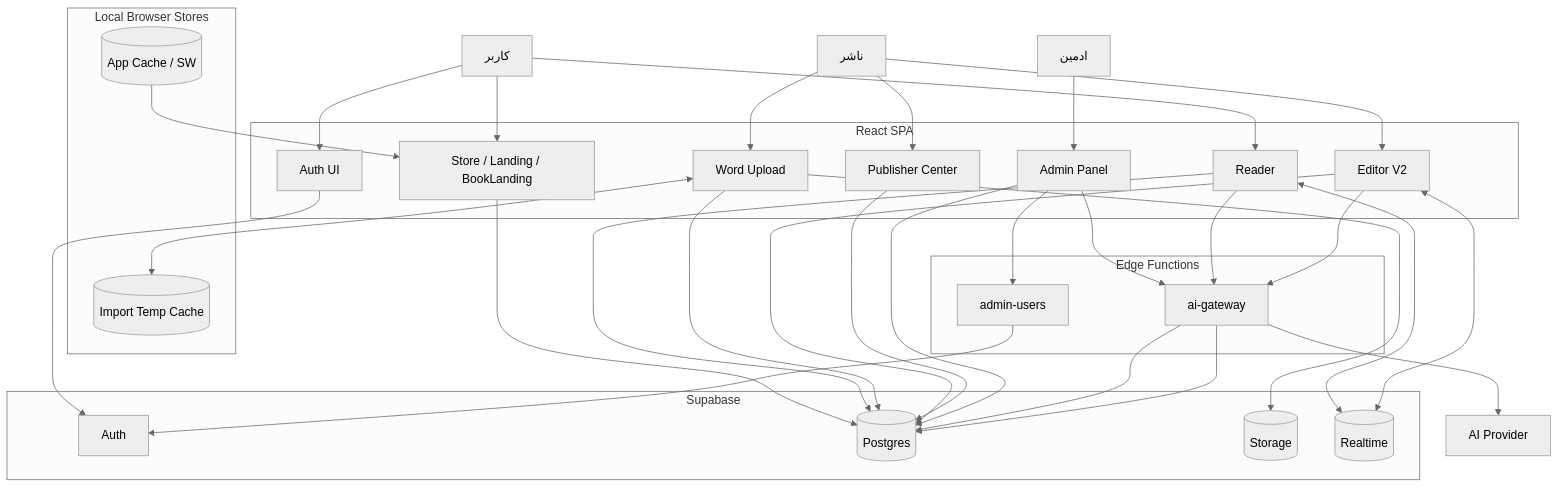
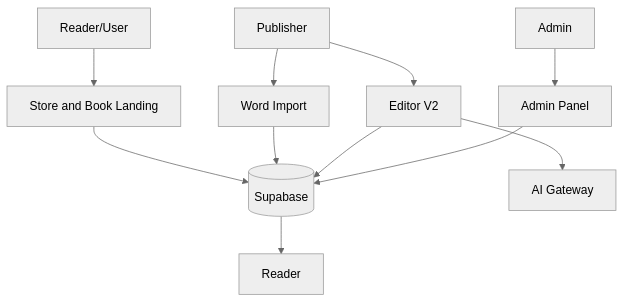
The second of 7 diagrams in docs/DFD_ERD_SECURITY_REFERENCE.md (hamid1234567/metabooki), drawn with Mermaid (neutral theme) before and after one commit. The commit also changed other lines of this file and 4 other files, not shown here.

````diff
--- a/docs/DFD_ERD_SECURITY_REFERENCE.md
+++ b/docs/DFD_ERD_SECURITY_REFERENCE.md
@@ -93,59 +29,13 @@
 ```mermaid
-flowchart TB
-  user[کاربر]
-  publisher[ناشر]
-  admin[ادمین]
-
-  subgraph app[React SPA]
-    authUI[Auth UI]
-    storeUI[Store / Landing / BookLanding]
-    readerUI[Reader]
-    uploadUI[Word Upload]
-    editorUI[Editor V2]
-    publisherUI[Publisher Center]
-    adminUI[Admin Panel]
-  end
-
-  subgraph browserLocal[Local Browser Stores]
-    importCache[(Import Temp Cache)]
-    appCache[(App Cache / SW)]
-  end
-
-  subgraph supa[Supabase]
-    auth[Auth]
-    db[(Postgres)]
-    storage[(Storage)]
-    realtime[(Realtime)]
-  end
-
-  subgraph edge[Edge Functions]
-    aiGateway[ai-gateway]
-    adminUsers[admin-users]
-  end
-
-  aiProvider[AI Provider]
-
-  user --> authUI --> auth
-  user --> storeUI --> db
-  user --> readerUI --> db
-  readerUI <--> realtime
-
-  publisher --> uploadUI
-  uploadUI <--> importCache
-  uploadUI --> storage
-  uploadUI --> db
-  publisher --> editorUI --> db
-  editorUI <--> realtime
-  publisher --> publisherUI --> db
-
-  admin --> adminUI --> db
-  adminUI --> adminUsers --> auth
-  adminUI --> aiGateway --> db
-
-  readerUI --> aiGateway
-  editorUI --> aiGateway
-  aiGateway --> aiProvider
-  aiGateway --> db
-
-  appCache --> storeUI
+flowchart TD
+  Reader[Reader/User] --> Store[Store and Book Landing]
+  Publisher[Publisher] --> Import[Word Import]
+  Publisher --> Editor[Editor V2]
+  Admin[Admin] --> AdminPanel[Admin Panel]
+  Store --> Supabase[(Supabase)]
+  Import --> Supabase
+  Editor --> Supabase
+  Supabase --> ReaderApp[Reader]
+  Editor --> AIGateway[AI Gateway]
+  AdminPanel --> Supabase
 ```
````
